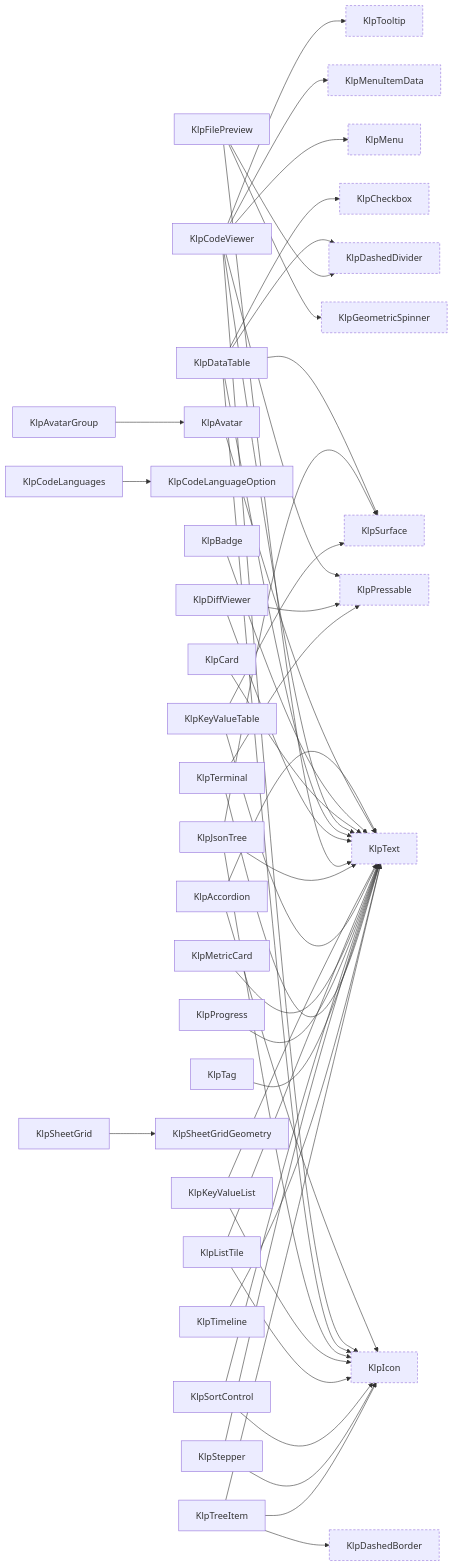
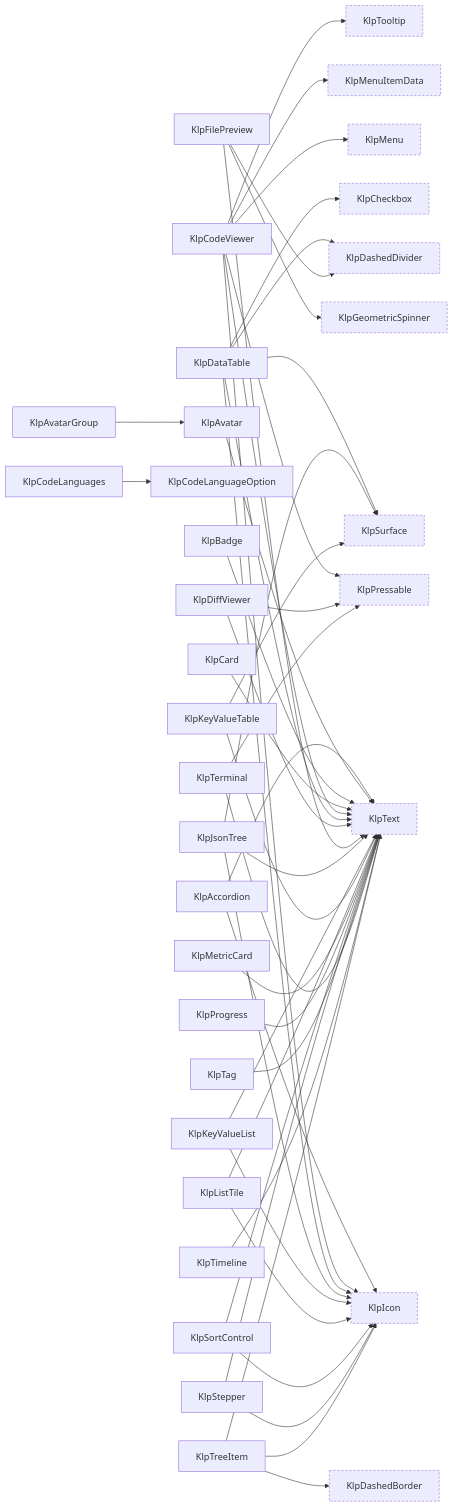
The ninth of 16 diagrams in spec/component-inventory.md (MiuDog/Kallopis), drawn with Mermaid before and after one commit. The commit also changed other lines of this file and 88 other files, not shown here.

```diff
--- a/spec/component-inventory.md
+++ b/spec/component-inventory.md
@@ -558,8 +550,6 @@
   KlpMetricCard["KlpMetricCard"]
   KlpPressable["KlpPressable"]:::external
   KlpProgress["KlpProgress"]
-  KlpSheetGrid["KlpSheetGrid"]
-  KlpSheetGridGeometry["KlpSheetGridGeometry"]
   KlpSortControl["KlpSortControl"]
   KlpStepper["KlpStepper"]
   KlpSurface["KlpSurface"]:::external
@@ -603,7 +593,6 @@
   KlpListTile --> KlpText
   KlpMetricCard --> KlpText
   KlpProgress --> KlpText
-  KlpSheetGrid --> KlpSheetGridGeometry
   KlpSortControl --> KlpIcon
   KlpSortControl --> KlpText
   KlpStepper --> KlpIcon
```
